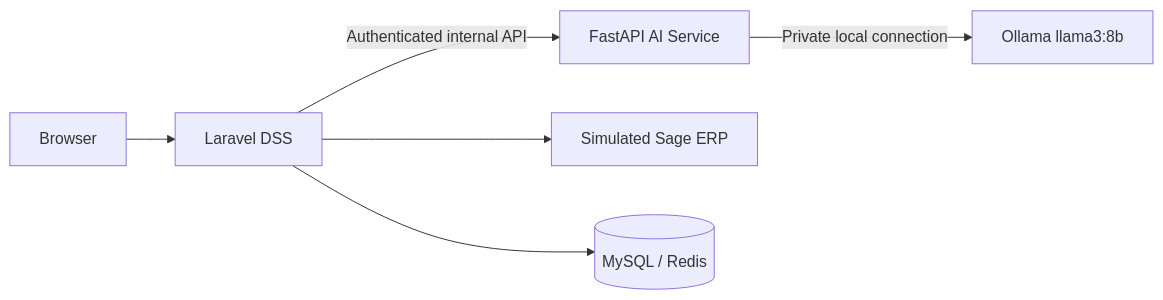
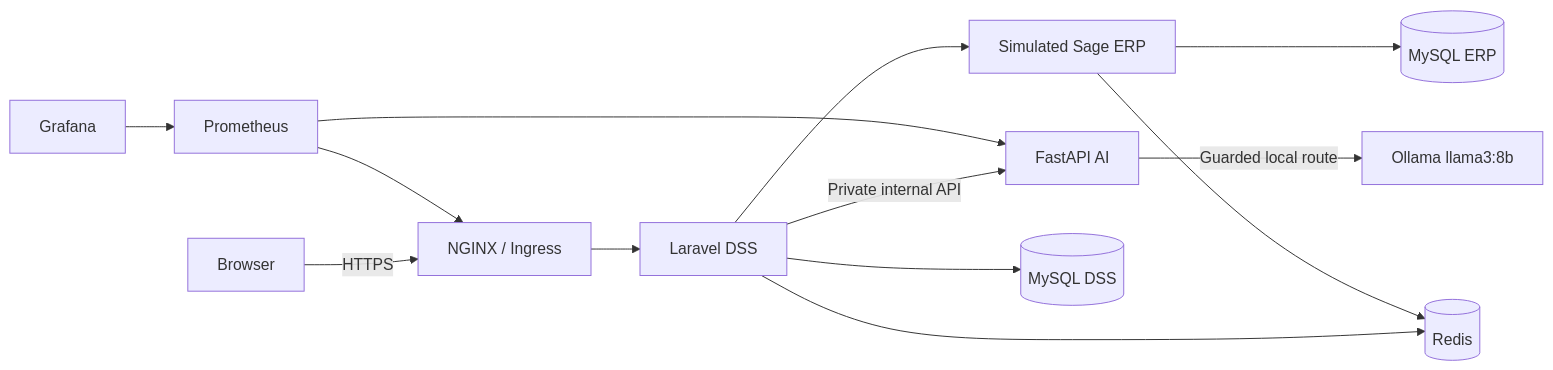
Before and after one commit to hicham-4r/smartfactory-dss: the diagram in README.md, drawn with Mermaid. The commit also changed other lines of this file and 59 other files, not shown here.

````diff
--- a/README.md
+++ b/README.md
@@ -54,8 +65,15 @@
 ```mermaid
 flowchart LR
-    B[Browser] --> L[Laravel DSS]
-    L -->|Authenticated internal API| F[FastAPI AI Service]
-    F -->|Private local connection| O[Ollama llama3:8b]
-    L --> S[Simulated Sage ERP]
-    L --> D[(MySQL / Redis)]
+    B[Browser] -->|HTTPS| N[NGINX / Ingress]
+    N --> L[Laravel DSS]
+    L -->|Private internal API| F[FastAPI AI]
+    F -->|Guarded local route| O[Ollama llama3:8b]
+    L --> E[Simulated Sage ERP]
+    L --> D[(MySQL DSS)]
+    E --> ED[(MySQL ERP)]
+    L --> R[(Redis)]
+    E --> R
+    P[Prometheus] --> N
+    P --> F
+    G[Grafana] --> P
 ```
````
